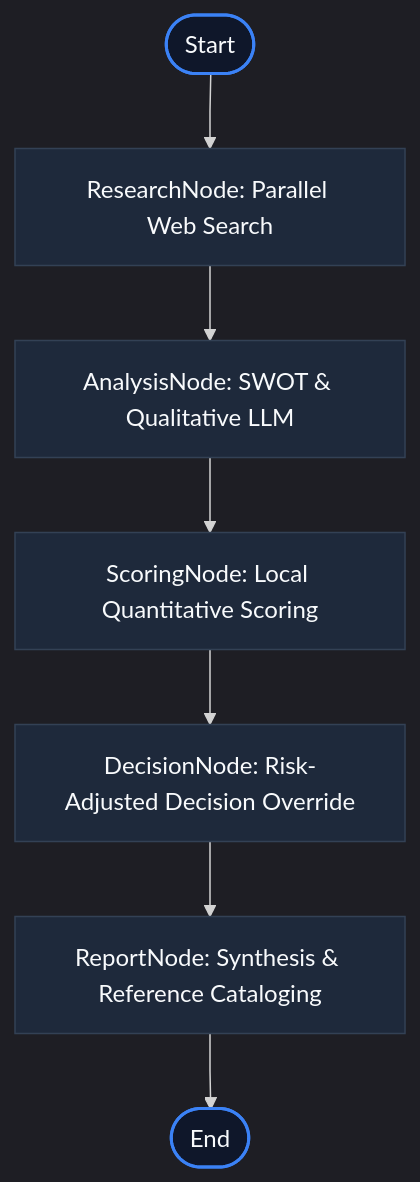
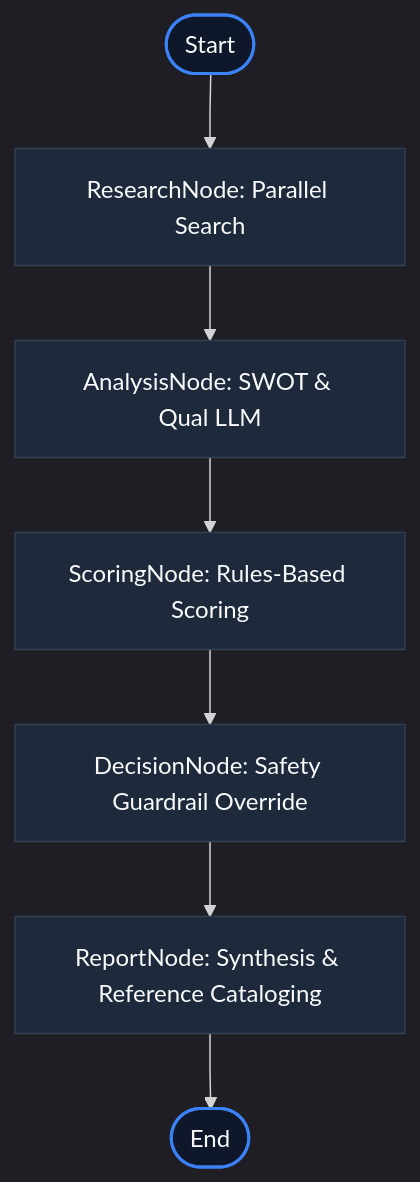
Before and after one commit to Tejpraval/InsideIIM: the diagram in README.md, drawn with Mermaid. The commit also changed other lines of this file and 1 other file, not shown here.

````diff
--- a/README.md
+++ b/README.md
@@ -12,14 +87,14 @@
 ```mermaid
 %%{init: {'theme': 'dark', 'flowchart': {'curve': 'linear'}}}%%
 graph TD
-  START([Start]) --> ResearchNode[ResearchNode: Parallel Web Search]
-  ResearchNode --> AnalysisNode[AnalysisNode: SWOT & Qualitative LLM]
-  AnalysisNode --> ScoringNode[ScoringNode: Local Quantitative Scoring]
-  ScoringNode --> DecisionNode[DecisionNode: Risk-Adjusted Decision Override]
+  START([Start]) --> ResearchNode[ResearchNode: Parallel Search]
+  ResearchNode --> AnalysisNode[AnalysisNode: SWOT & Qual LLM]
+  AnalysisNode --> ScoringNode[ScoringNode: Rules-Based Scoring]
+  ScoringNode --> DecisionNode[DecisionNode: Safety Guardrail Override]
   DecisionNode --> ReportNode[ReportNode: Synthesis & Reference Cataloging]
   ReportNode --> END([End])
 
   classDef default fill:#1e293b,stroke:#334155,stroke-width:1px,color:#f8fafc;
   classDef startEnd fill:#0f172a,stroke:#3b82f6,stroke-width:2px,color:#f8fafc;
   class START,END startEnd;
 ```
````
